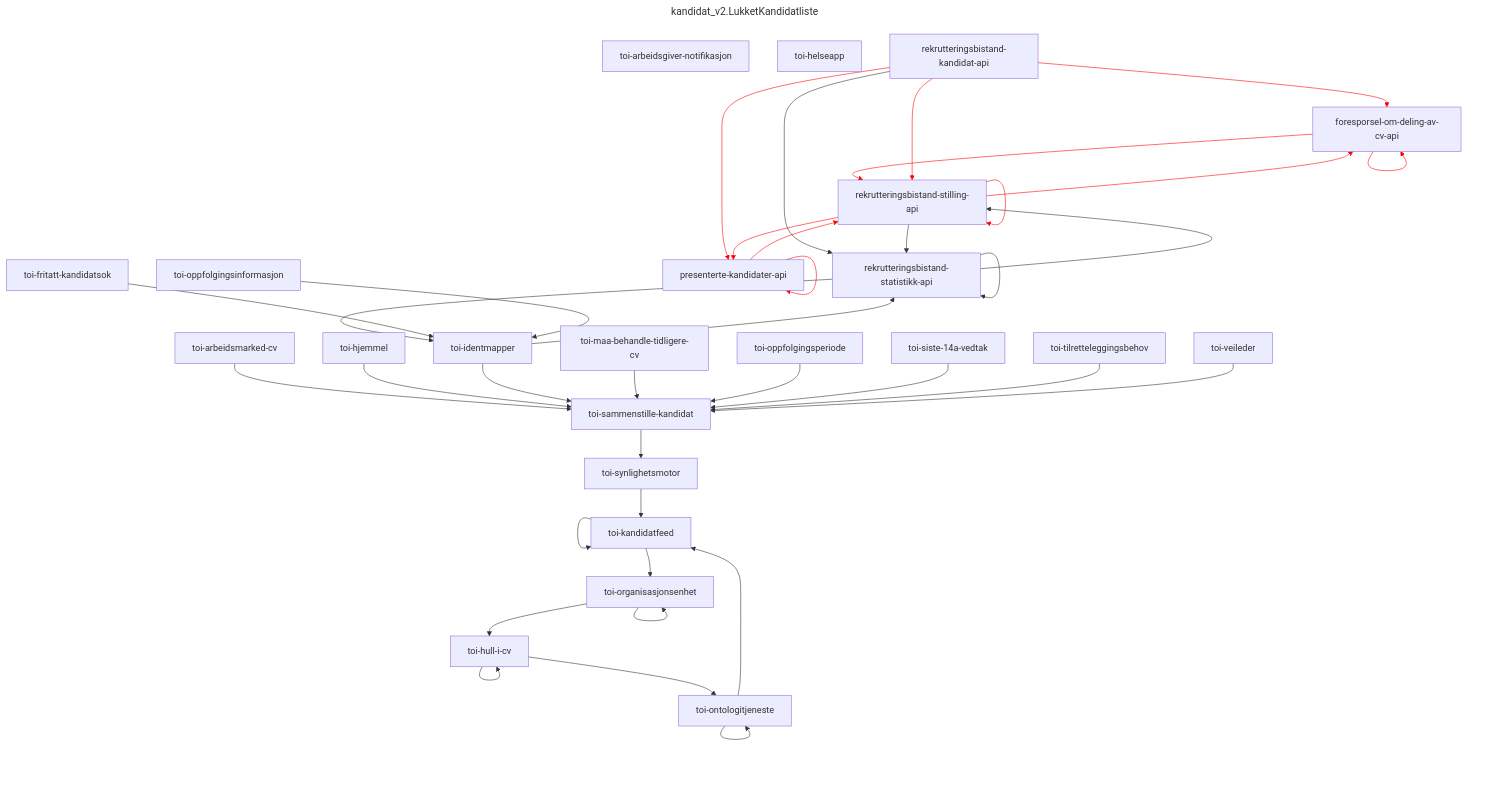
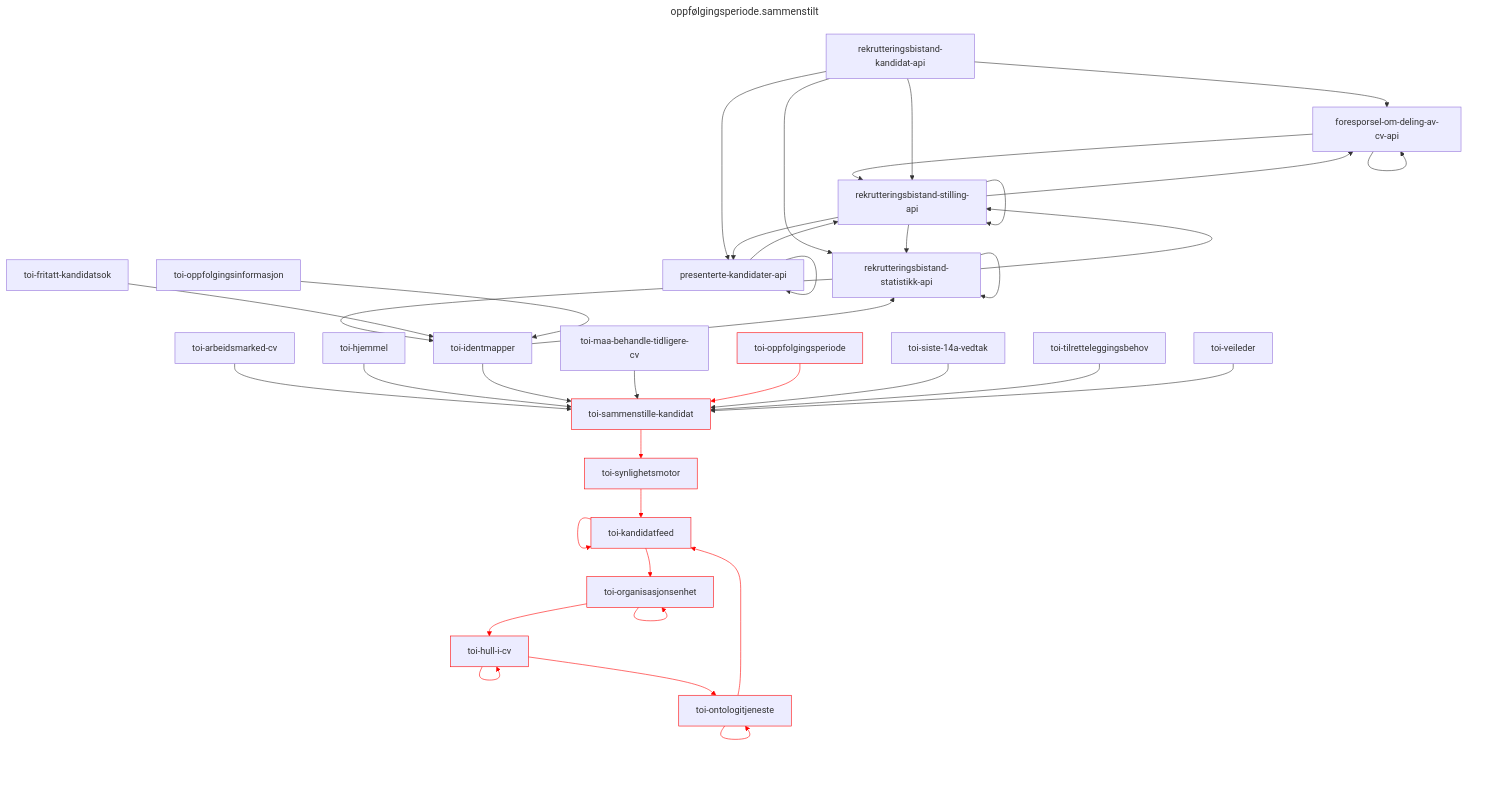
Diagram 15 of 34 in README.md (navikt/toi-rapids-and-rivers-grapher), drawn with Mermaid before and after one commit. The commit also changed other lines of this file, not shown here.

````diff
--- a/README.md
+++ b/README.md
@@ -708,55 +625,45 @@
 ```mermaid
 ---
-title: kandidat_v2.LukketKandidatliste
+title: oppfølgingsperiode.sammenstilt
 ---
 graph TD;
-toi-arbeidsgiver-notifikasjon;
-toi-helseapp;
 foresporsel-om-deling-av-cv-api --> foresporsel-om-deling-av-cv-api;
 foresporsel-om-deling-av-cv-api --> rekrutteringsbistand-stilling-api;
 presenterte-kandidater-api --> presenterte-kandidater-api;
 presenterte-kandidater-api --> rekrutteringsbistand-stilling-api;
 rekrutteringsbistand-kandidat-api --> foresporsel-om-deling-av-cv-api;
 rekrutteringsbistand-kandidat-api --> presenterte-kandidater-api;
 rekrutteringsbistand-kandidat-api --> rekrutteringsbistand-statistikk-api;
 rekrutteringsbistand-kandidat-api --> rekrutteringsbistand-stilling-api;
 rekrutteringsbistand-statistikk-api --> rekrutteringsbistand-statistikk-api;
 rekrutteringsbistand-statistikk-api --> rekrutteringsbistand-stilling-api;
 rekrutteringsbistand-statistikk-api --> toi-identmapper;
 rekrutteringsbistand-stilling-api --> foresporsel-om-deling-av-cv-api;
 rekrutteringsbistand-stilling-api --> presenterte-kandidater-api;
 rekrutteringsbistand-stilling-api --> rekrutteringsbistand-statistikk-api;
 rekrutteringsbistand-stilling-api --> rekrutteringsbistand-stilling-api;
 toi-arbeidsmarked-cv --> toi-sammenstille-kandidat;
 toi-fritatt-kandidatsok --> toi-identmapper;
 toi-hjemmel --> toi-sammenstille-kandidat;
-toi-hull-i-cv --> toi-hull-i-cv;
-toi-hull-i-cv --> toi-ontologitjeneste;
+toi-hull-i-cv:::x --> toi-hull-i-cv:::x;
+toi-hull-i-cv:::x --> toi-ontologitjeneste:::x;
 toi-identmapper --> rekrutteringsbistand-statistikk-api;
 toi-identmapper --> toi-sammenstille-kandidat;
-toi-kandidatfeed --> toi-kandidatfeed;
-toi-kandidatfeed --> toi-organisasjonsenhet;
+toi-kandidatfeed:::x --> toi-kandidatfeed:::x;
+toi-kandidatfeed:::x --> toi-organisasjonsenhet:::x;
 toi-maa-behandle-tidligere-cv --> toi-sammenstille-kandidat;
-toi-ontologitjeneste --> toi-kandidatfeed;
-toi-ontologitjeneste --> toi-ontologitjeneste;
+toi-ontologitjeneste:::x --> toi-kandidatfeed:::x;
+toi-ontologitjeneste:::x --> toi-ontologitjeneste:::x;
 toi-oppfolgingsinformasjon --> toi-identmapper;
-toi-oppfolgingsperiode --> toi-sammenstille-kandidat;
-toi-organisasjonsenhet --> toi-hull-i-cv;
-toi-organisasjonsenhet --> toi-organisasjonsenhet;
-toi-sammenstille-kandidat --> toi-synlighetsmotor;
+toi-oppfolgingsperiode:::x --> toi-sammenstille-kandidat:::x;
+toi-organisasjonsenhet:::x --> toi-hull-i-cv:::x;
+toi-organisasjonsenhet:::x --> toi-organisasjonsenhet:::x;
+toi-sammenstille-kandidat:::x --> toi-synlighetsmotor:::x;
 toi-siste-14a-vedtak --> toi-sammenstille-kandidat;
-toi-synlighetsmotor --> toi-kandidatfeed;
+toi-synlighetsmotor:::x --> toi-kandidatfeed:::x;
 toi-tilretteleggingsbehov --> toi-sammenstille-kandidat;
 toi-veileder --> toi-sammenstille-kandidat;
 
-linkStyle 0 stroke:red;
-linkStyle 1 stroke:red;
-linkStyle 2 stroke:red;
-linkStyle 3 stroke:red;
-linkStyle 4 stroke:red;
-linkStyle 5 stroke:red;
-linkStyle 7 stroke:red;
-linkStyle 11 stroke:red;
-linkStyle 12 stroke:red;
-linkStyle 14 stroke:red;
+linkStyle 18,19,22,23,25,26,28,29,30,31,33 stroke:red;
+classDef x stroke: red;
 ```
````
